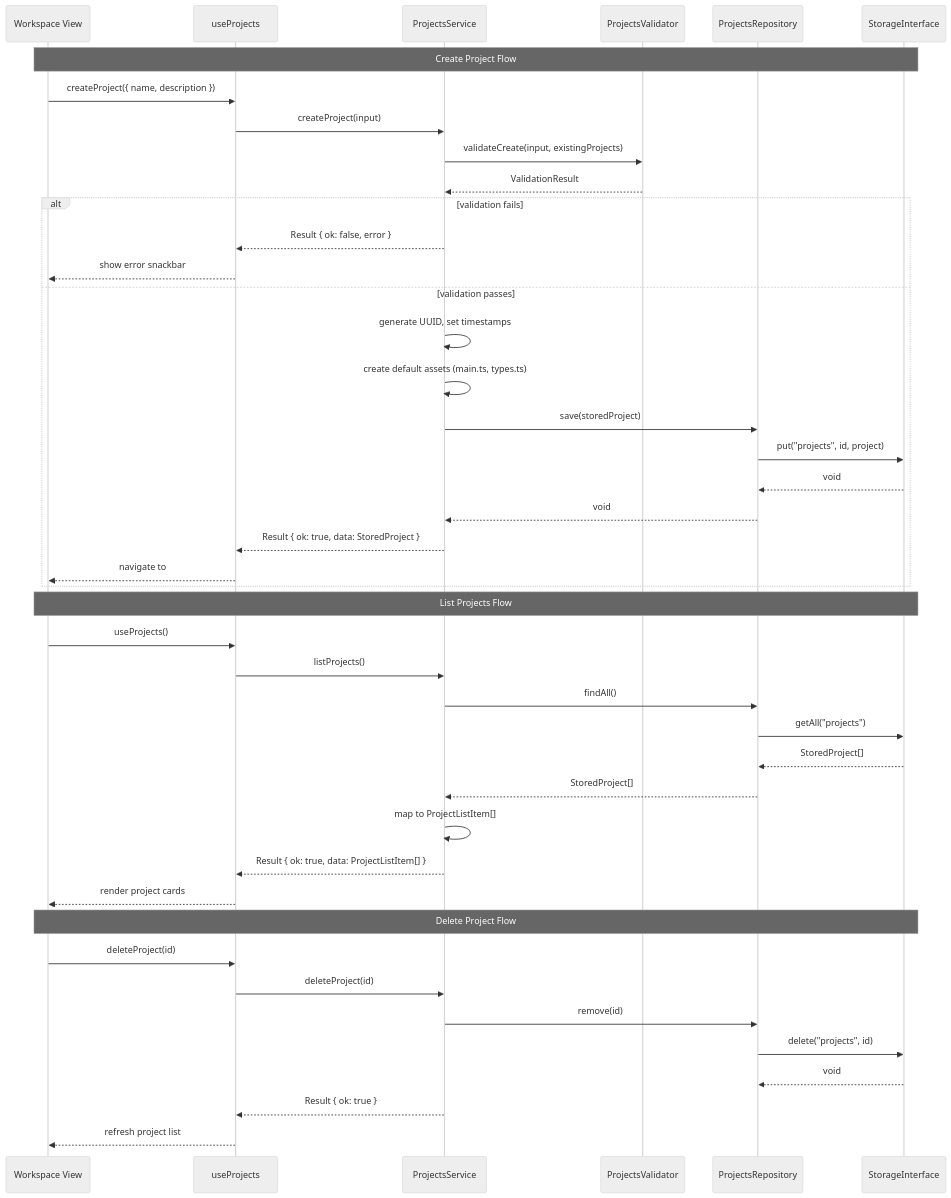
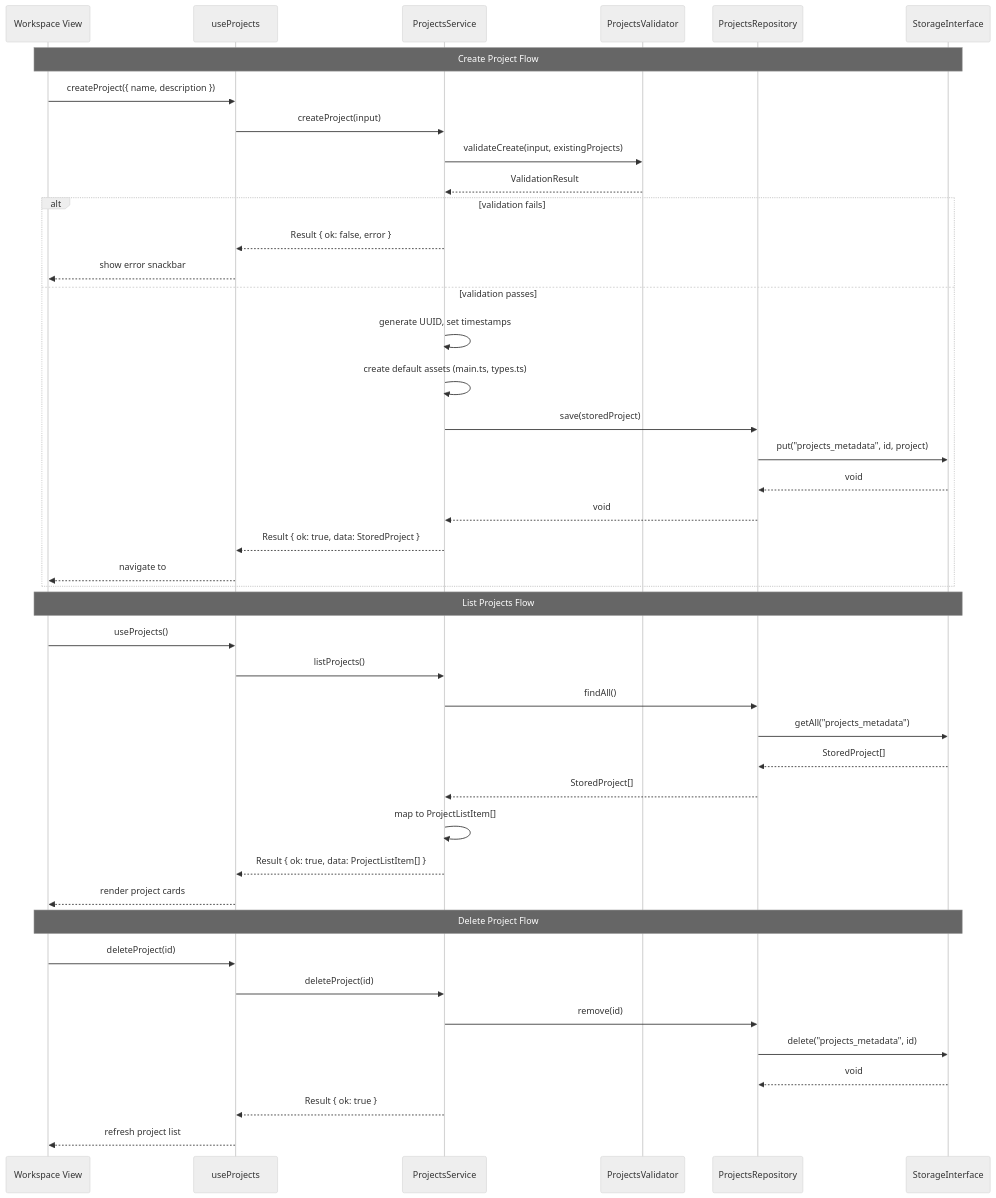
The second of 2 diagrams in docs/01-PROJECTS-SERVICE.md (rimvydasb/open-modeler-ts), drawn with Mermaid (neutral theme) before and after one commit. The commit also changed other lines of this file and 2 other files, not shown here.

Commit message:
refactor architecture documentation: rename ProjectAsset to ProjectAssetMeta and update related references for clarity

````diff
--- a/docs/01-PROJECTS-SERVICE.md
+++ b/docs/01-PROJECTS-SERVICE.md
@@ -95,49 +101,49 @@
 ```mermaid
 sequenceDiagram
     participant UI as Workspace View
     participant Hook as useProjects
     participant Svc as ProjectsService
     participant Val as ProjectsValidator
     participant Repo as ProjectsRepository
     participant IDB as StorageInterface
 
     Note over UI, IDB: Create Project Flow
     UI ->> Hook: createProject({ name, description })
     Hook ->> Svc: createProject(input)
     Svc ->> Val: validateCreate(input, existingProjects)
     Val -->> Svc: ValidationResult
 
     alt validation fails
         Svc -->> Hook: Result { ok: false, error }
         Hook -->> UI: show error snackbar
     else validation passes
         Svc ->> Svc: generate UUID, set timestamps
         Svc ->> Svc: create default assets (main.ts, types.ts)
         Svc ->> Repo: save(storedProject)
-        Repo ->> IDB: put("projects", id, project)
+        Repo ->> IDB: put("projects_metadata", id, project)
         IDB -->> Repo: void
         Repo -->> Svc: void
         Svc -->> Hook: Result { ok: true, data: StoredProject }
         Hook -->> UI: navigate to #flow/{projectId}
     end
 
     Note over UI, IDB: List Projects Flow
     UI ->> Hook: useProjects()
     Hook ->> Svc: listProjects()
     Svc ->> Repo: findAll()
-    Repo ->> IDB: getAll("projects")
+    Repo ->> IDB: getAll("projects_metadata")
     IDB -->> Repo: StoredProject[]
     Repo -->> Svc: StoredProject[]
     Svc ->> Svc: map to ProjectListItem[]
     Svc -->> Hook: Result { ok: true, data: ProjectListItem[] }
     Hook -->> UI: render project cards
 
     Note over UI, IDB: Delete Project Flow
     UI ->> Hook: deleteProject(id)
     Hook ->> Svc: deleteProject(id)
     Svc ->> Repo: remove(id)
-    Repo ->> IDB: delete("projects", id)
+    Repo ->> IDB: delete("projects_metadata", id)
     IDB -->> Repo: void
     Svc -->> Hook: Result { ok: true }
     Hook -->> UI: refresh project list
 ```
````
